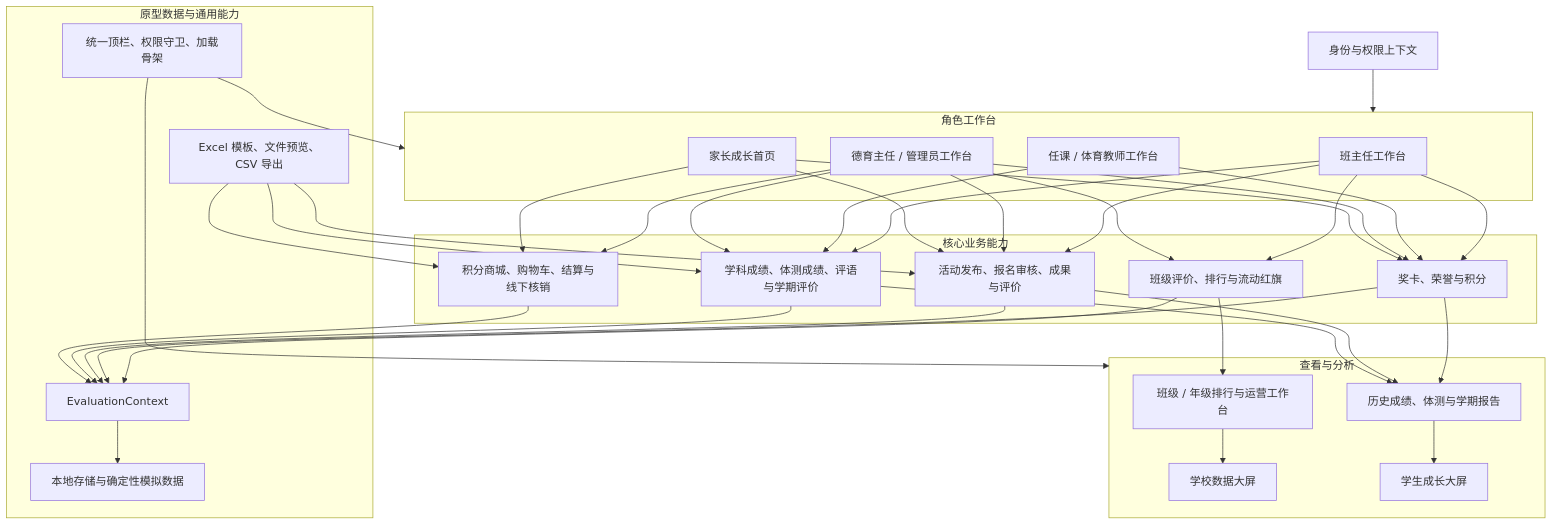
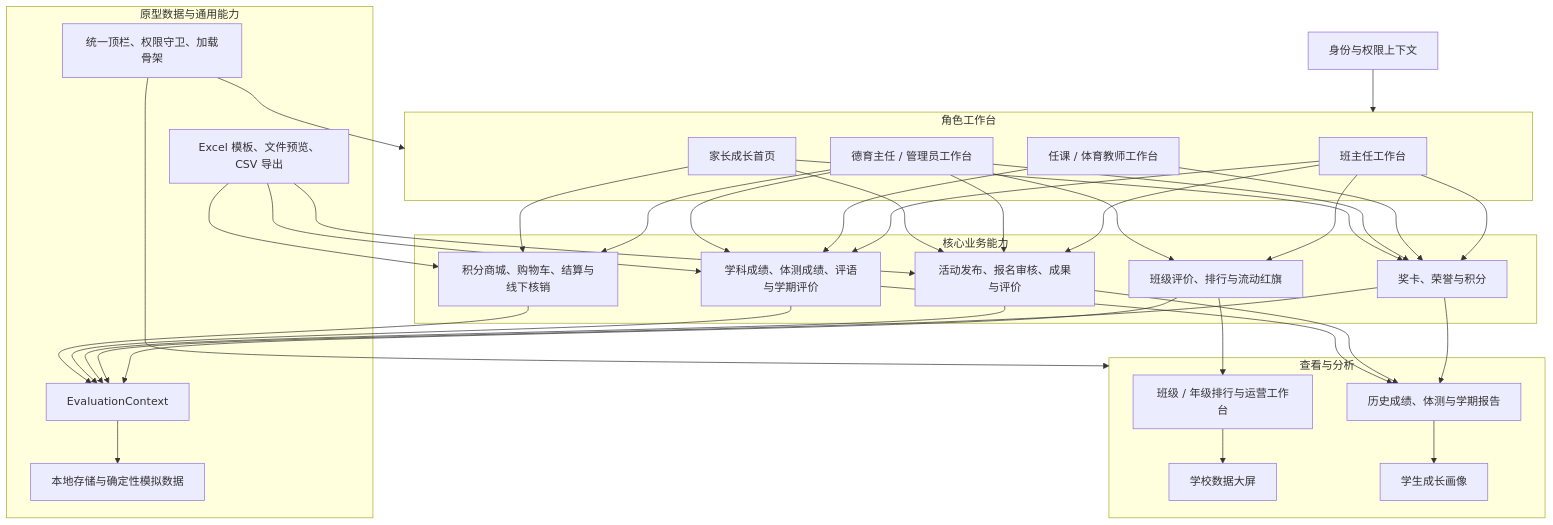
Before and after one commit to webXin123/xszp: the second of 2 diagrams in prd/student-comprehensive-evaluation.md, drawn with Mermaid. The commit also changed other lines of this file and 22 other files, not shown here.

````diff
--- a/prd/student-comprehensive-evaluation.md
+++ b/prd/student-comprehensive-evaluation.md
@@ -135,66 +145,66 @@
 ```mermaid
 graph TB
   U["身份与权限上下文"]
 
   subgraph W["角色工作台"]
     WH["班主任工作台"]
     WS["任课 / 体育教师工作台"]
     WA["德育主任 / 管理员工作台"]
     WP["家长成长首页"]
   end
 
   subgraph B["核心业务能力"]
     B1["班级评价、排行与流动红旗"]
     B2["奖卡、荣誉与积分"]
     B3["活动发布、报名审核、成果与评价"]
     B4["学科成绩、体测成绩、评语与学期评价"]
     B5["积分商城、购物车、结算与线下核销"]
   end
 
   subgraph V["查看与分析"]
     V1["历史成绩、体测与学期报告"]
     V2["班级 / 年级排行与运营工作台"]
     V3["学校数据大屏"]
-    V4["学生成长大屏"]
+    V4["学生成长画像"]
   end
 
   subgraph D["原型数据与通用能力"]
     D1["EvaluationContext"]
     D2["本地存储与确定性模拟数据"]
     D3["Excel 模板、文件预览、CSV 导出"]
     D4["统一顶栏、权限守卫、加载骨架"]
   end
 
   U --> W
   WH --> B1
   WH --> B2
   WH --> B3
   WH --> B4
   WS --> B2
   WS --> B4
   WA --> B1
   WA --> B2
   WA --> B3
   WA --> B4
   WA --> B5
   WP --> B2
   WP --> B3
   WP --> B5
   B1 --> V2
   B2 --> V1
   B3 --> V1
   B4 --> V1
   V1 --> V4
   V2 --> V3
   B1 --> D1
   B2 --> D1
   B3 --> D1
   B4 --> D1
   B5 --> D1
   D1 --> D2
   D3 --> B3
   D3 --> B4
   D3 --> B5
   D4 --> W
   D4 --> V
 ```
````
